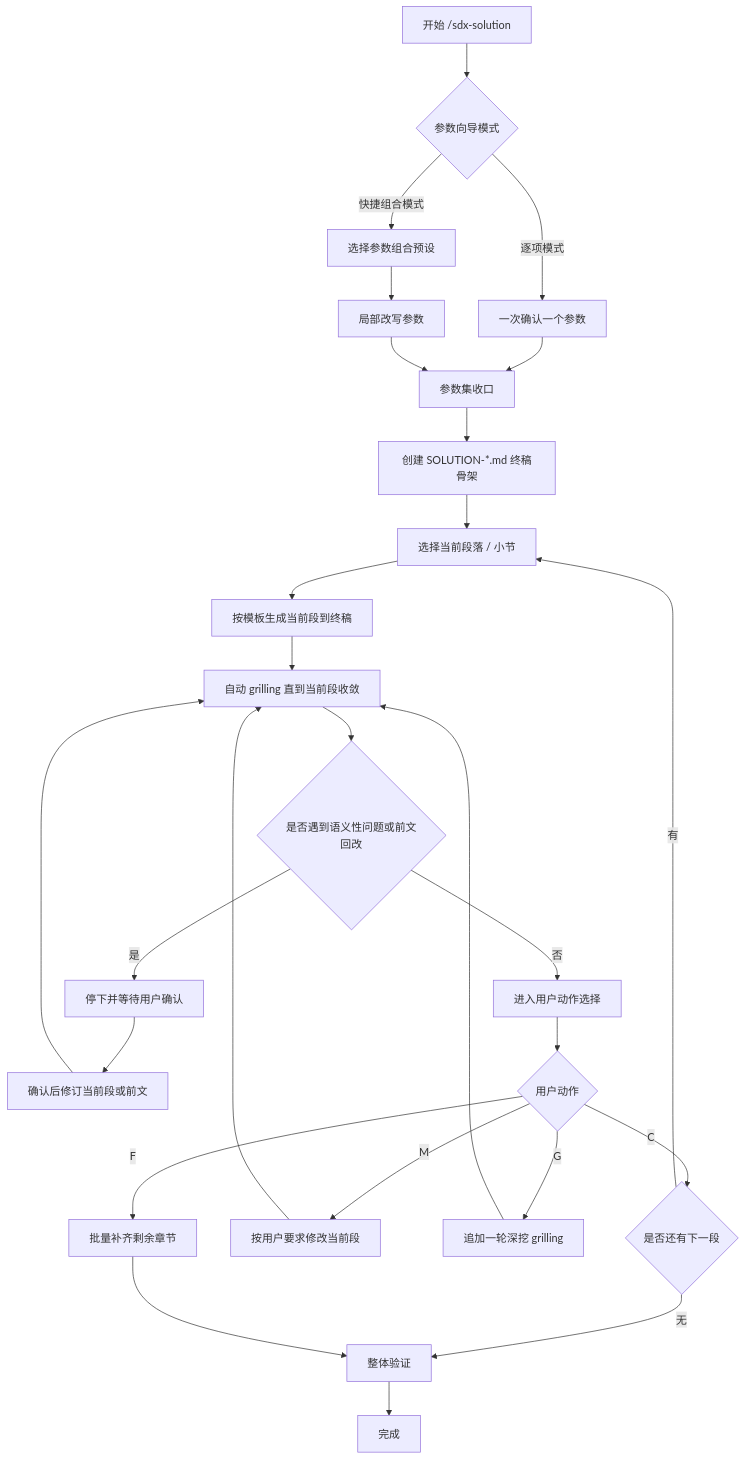
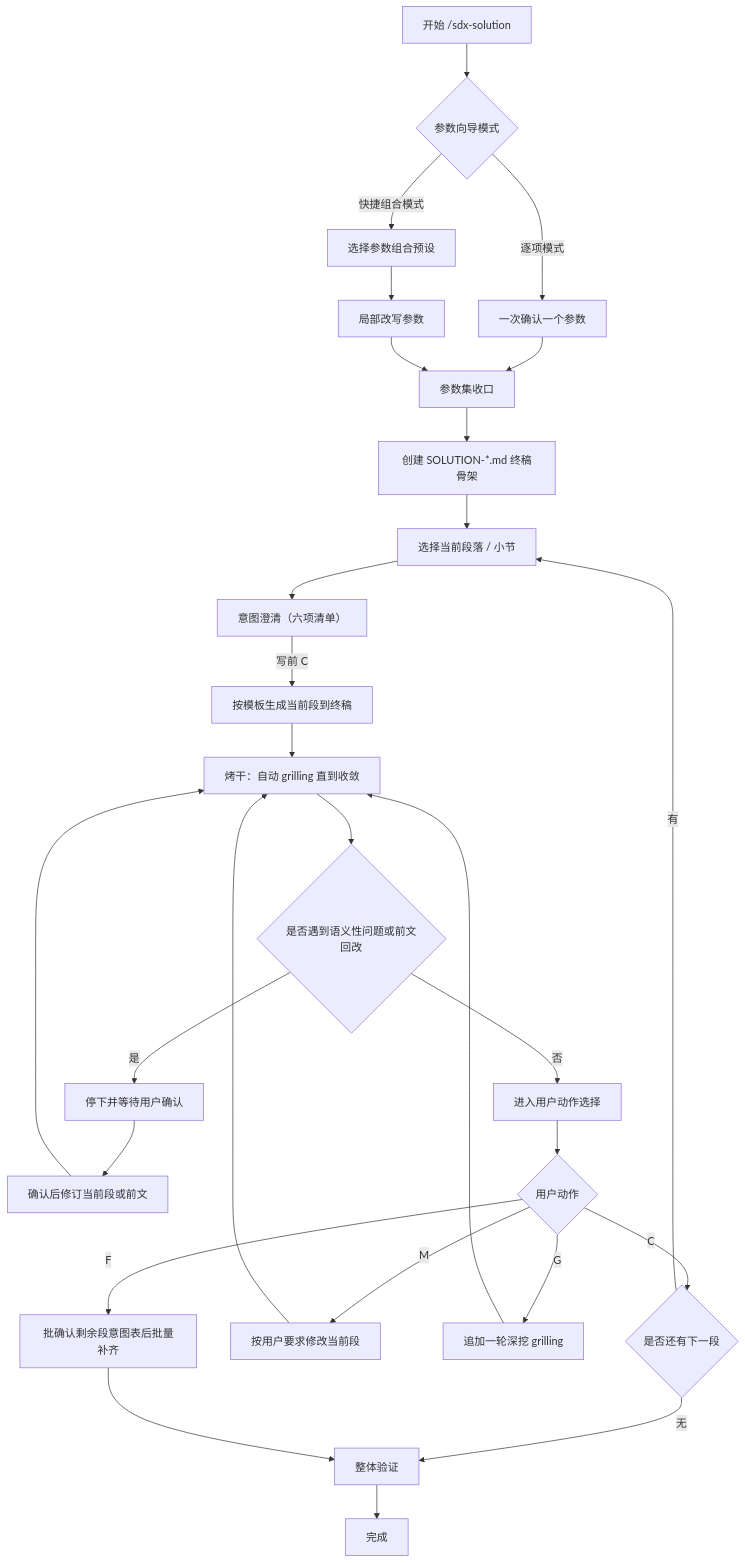
One commit to oleewen/ai-knowledge changed the first of 2 diagrams in agent/skills/sdx-solution/references/workflow.md. Above: the diagram before and after it, drawn with Mermaid. The commit also changed other lines of this file and 115 other files, not shown here.

````diff
--- a/agent/skills/sdx-solution/references/workflow.md
+++ b/agent/skills/sdx-solution/references/workflow.md
@@ -17,33 +23,34 @@
 ```mermaid
 flowchart TD
     A["开始 /sdx-solution"] --> B{"参数向导模式"}
     B -->|逐项模式| C["一次确认一个参数"]
     B -->|快捷组合模式| D["选择参数组合预设"]
     D --> E["局部改写参数"]
     C --> F["参数集收口"]
     E --> F
 
     F --> G["创建 SOLUTION-*.md 终稿骨架"]
     G --> H["选择当前段落 / 小节"]
-    H --> I["按模板生成当前段到终稿"]
-    I --> J["自动 grilling 直到当前段收敛"]
+    H --> IC["意图澄清（六项清单）"]
+    IC -->|写前 C| I["按模板生成当前段到终稿"]
+    I --> J["烤干：自动 grilling 直到收敛"]
 
     J --> K{"是否遇到语义性问题或前文回改"}
     K -->|否| L["进入用户动作选择"]
     K -->|是| M["停下并等待用户确认"]
     M --> N["确认后修订当前段或前文"]
     N --> J
 
     L --> O{"用户动作"}
     O -->|C| P{"是否还有下一段"}
     O -->|M| Q["按用户要求修改当前段"]
     O -->|G| R["追加一轮深挖 grilling"]
-    O -->|F| S["批量补齐剩余章节"]
+    O -->|F| S["批确认剩余段意图表后批量补齐"]
     Q --> J
     R --> J
 
     P -->|有| H
     P -->|无| T["整体验证"]
     S --> T
     T --> U["完成"]
 ```
````
